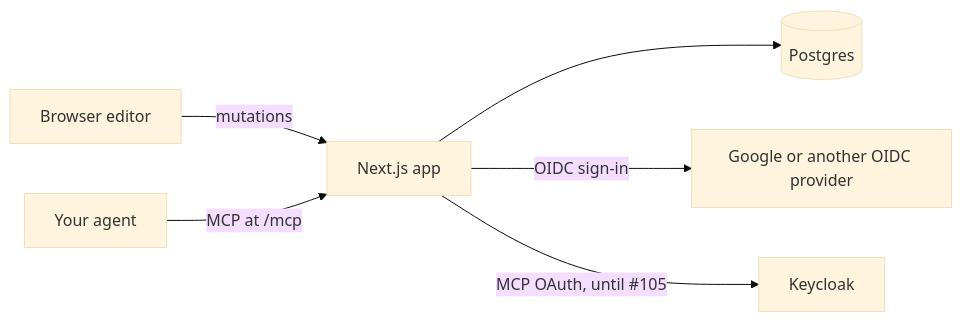
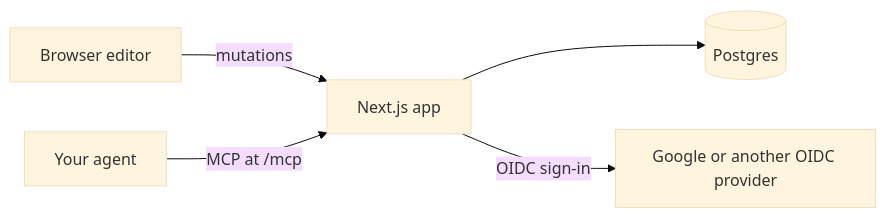
The diagram in README.md (zyx1121/slide), drawn with Mermaid (base theme) before and after one commit. The commit also changed other lines of this file and 20 other files, not shown here.

First line of the commit message:
feat: issue MCP tokens from Slide instead of relaying Keycloak (#113)

````diff
--- a/README.md
+++ b/README.md
@@ -83,8 +80,7 @@
 ```mermaid
 flowchart LR
   E[Browser editor] -->|mutations| A[Next.js app]
   G[Your agent] -->|MCP at /mcp| A
   A --> D[(Postgres)]
   A -->|OIDC sign-in| O[Google or another OIDC provider]
-  A -->|MCP OAuth, until #105| K[Keycloak]
 ```
````
